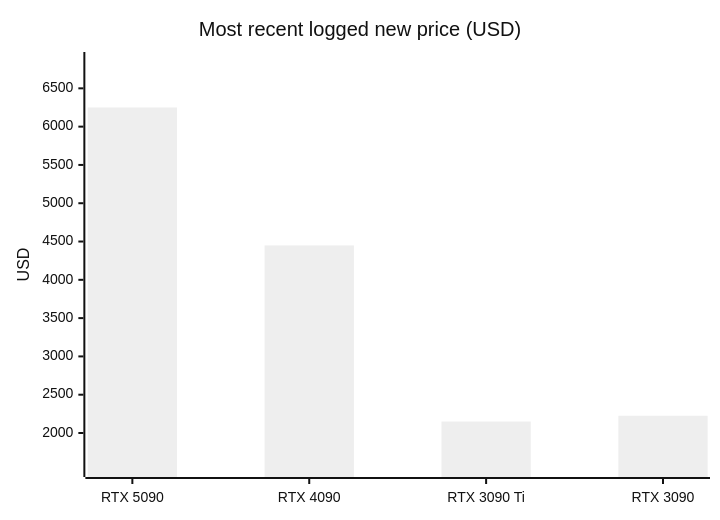
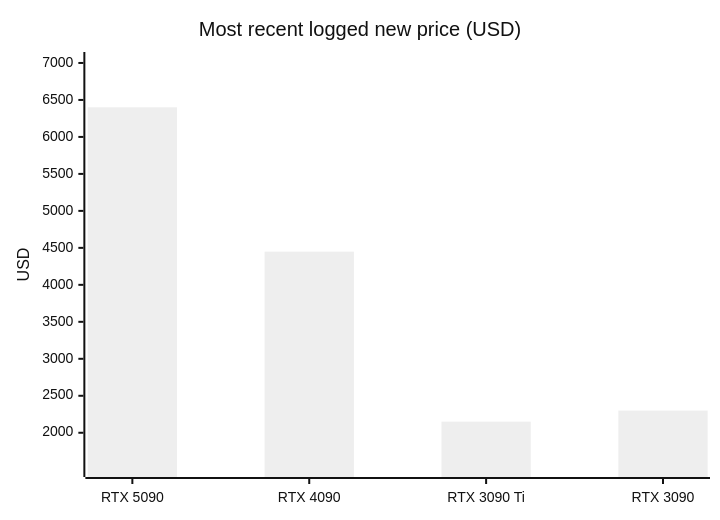
Before and after one commit to 7324136828/4tb_ssd_price_watch: the fifth of 18 diagrams in README.md, drawn with Mermaid (neutral theme). The commit also changed other lines of this file, not shown here.

````diff
--- a/README.md
+++ b/README.md
@@ -705,7 +741,7 @@
 ```mermaid
 xychart-beta
     title "Most recent logged new price (USD)"
     x-axis ["RTX 5090", "RTX 4090", "RTX 3090 Ti", "RTX 3090"]
-    y-axis "USD" 1530 --> 6870
-    bar [6249.99, 4449.00, 2150.00, 2225.00]
+    y-axis "USD" 1510 --> 7040
+    bar [6399.99, 4449.00, 2150.00, 2300.00]
 ```
````
